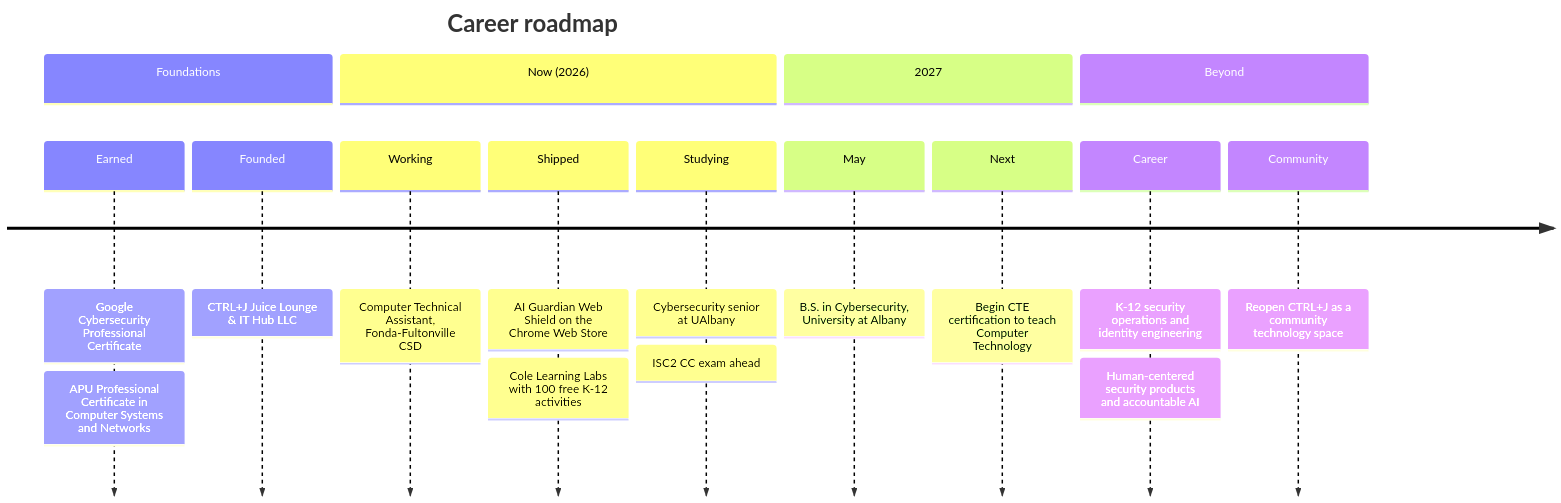
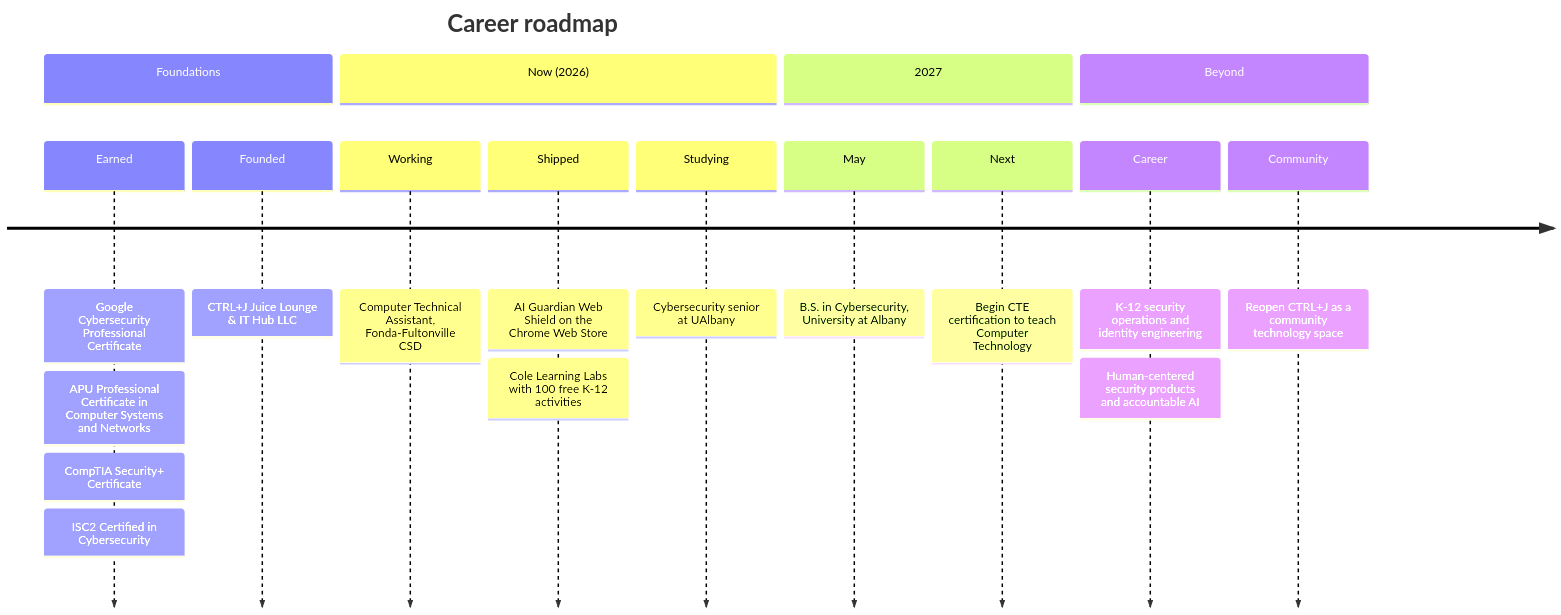
One commit to AL91Cole/AL91Cole changed the second of 2 diagrams in README.md. Above: the diagram before and after it, drawn with Mermaid. The commit also changed other lines of this file, not shown here.

````diff
--- a/README.md
+++ b/README.md
@@ -127,21 +127,23 @@
 ```mermaid
 timeline
     title Career roadmap
     section Foundations
         Earned : Google Cybersecurity Professional Certificate
                : APU Professional Certificate in Computer Systems and Networks
+               : CompTIA Security+ Certificate
+               : ISC2 Certified in Cybersecurity
         Founded : CTRL+J Juice Lounge & IT Hub LLC
     section Now (2026)
         Working : Computer Technical Assistant, Fonda-Fultonville CSD
         Shipped : AI Guardian Web Shield on the Chrome Web Store
                 : Cole Learning Labs with 100 free K-12 activities
         Studying : Cybersecurity senior at UAlbany
-                 : ISC2 CC exam ahead
+                 
     section 2027
         May : B.S. in Cybersecurity, University at Albany
         Next : Begin CTE certification to teach Computer Technology
     section Beyond
         Career : K-12 security operations and identity engineering
                : Human-centered security products and accountable AI
         Community : Reopen CTRL+J as a community technology space
 ```
````
